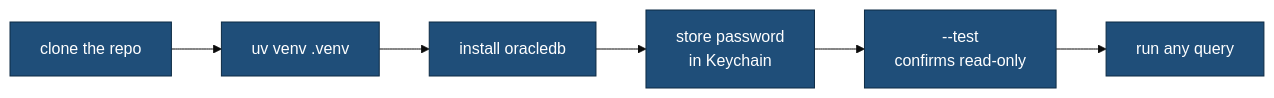
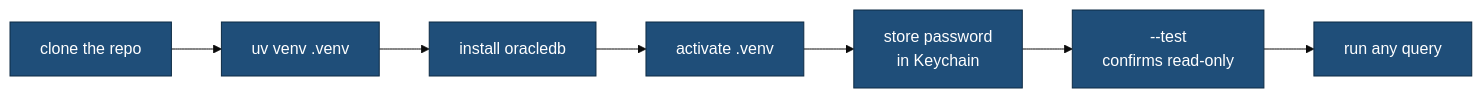
The first of 2 diagrams in docs/ONBOARDING.md (hiteshtara/bu-huron-data-exchange), drawn with Mermaid (base theme) before and after one commit. The commit also changed other lines of this file and 1 other file, not shown here.

````diff
--- a/docs/ONBOARDING.md
+++ b/docs/ONBOARDING.md
@@ -23,10 +23,11 @@
 ```mermaid
 graph LR
     A["clone the repo"] --> B["uv venv .venv"]
     B --> C["install oracledb"]
-    C --> D["store password<br/>in Keychain"]
+    C --> G["activate .venv"]
+    G --> D["store password<br/>in Keychain"]
     D --> E["--test<br/>confirms read-only"]
     E --> F["run any query"]
     classDef step fill:#1f4e79,stroke:#0d2b45,color:#fff
-    class A,B,C,D,E,F step
+    class A,B,C,D,E,F,G step
 ```
````
